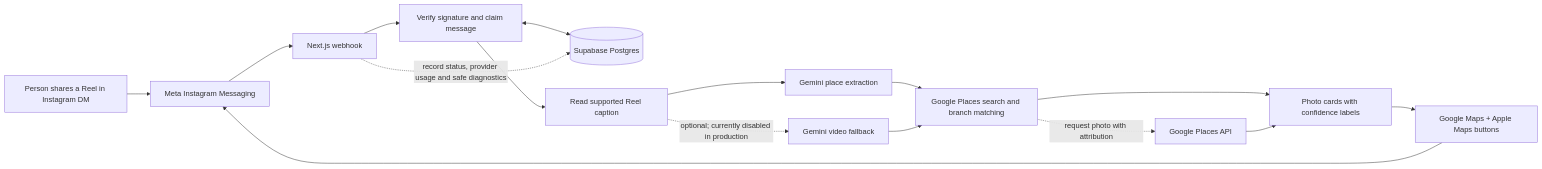
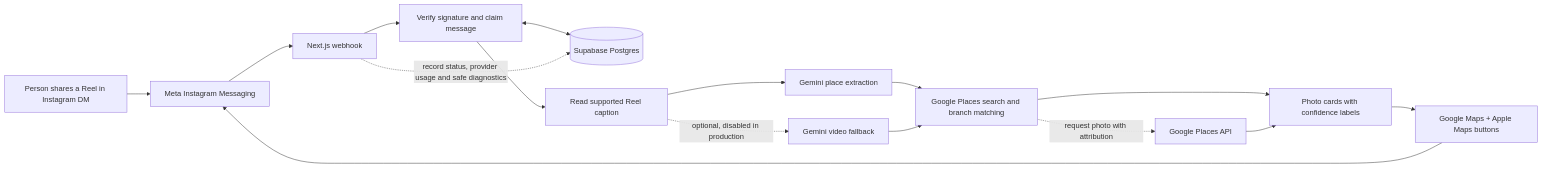
One commit to MartinJanus/mapthat changed the diagram in README.md. Above: the diagram before and after it, drawn with Mermaid.

Commit message:
docs: clarify optional media fallback in diagram

````diff
--- a/README.md
+++ b/README.md
@@ -25,18 +25,18 @@
 ```mermaid
 flowchart LR
     U[Person shares a Reel in Instagram DM] --> META[Meta Instagram Messaging]
     META --> WH[Next.js webhook]
     WH --> VERIFY[Verify signature and claim message]
     VERIFY <--> DB[(Supabase Postgres)]
     VERIFY --> CAP[Read supported Reel caption]
     CAP --> GEM[Gemini place extraction]
-    CAP -. optional; currently disabled in production .-> VID[Gemini video fallback]
+    CAP -. optional, disabled in production .-> VID[Gemini video fallback]
     GEM --> MATCH[Google Places search and branch matching]
     VID --> MATCH
     MATCH --> CARDS[Photo cards with confidence labels]
     CARDS --> REPLY[Google Maps + Apple Maps buttons]
     REPLY --> META
     WH -. record status, provider usage and safe diagnostics .-> DB
     MATCH -. request photo with attribution .-> GP[Google Places API]
     GP --> CARDS
 ```
````
